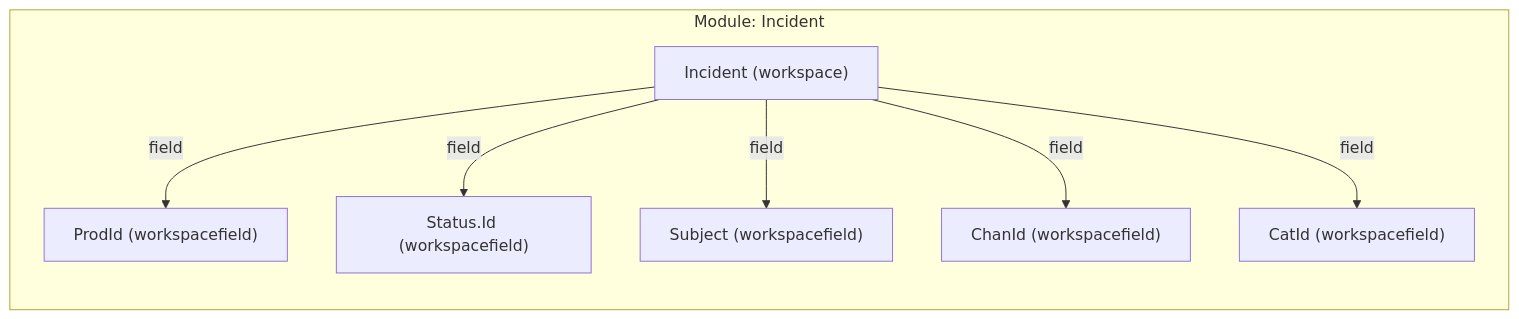
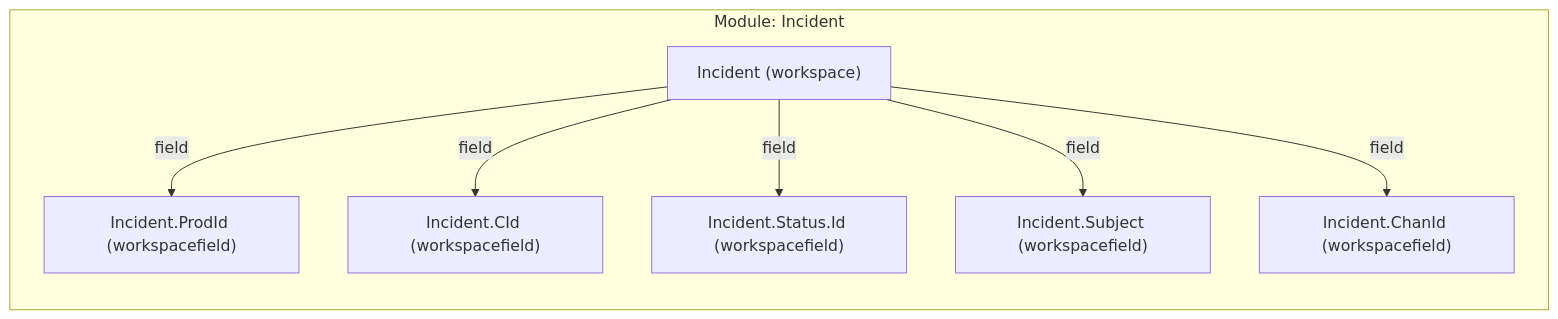
The fourth of 9 diagrams in results/COMPLETE_SYSTEM_MAPPING.md (SujalMatolia0/Config_Migration), drawn with Mermaid before and after one commit. The commit also changed other lines of this file and 23 other files, not shown here.

Commit message:
feat(graph-ui): enforce equal angle geometry, outward sector arc layout, and object-scoped field mapping

````diff
--- a/results/COMPLETE_SYSTEM_MAPPING.md
+++ b/results/COMPLETE_SYSTEM_MAPPING.md
@@ -324,16 +327,16 @@
 ```mermaid
 flowchart LR
   subgraph MOD_Incident ["Module: Incident"]
     N_workspace_incident["Incident (workspace)"]
-    N_workspacefield_prodid["ProdId (workspacefield)"]
-    N_workspacefield_status_id["Status.Id (workspacefield)"]
-    N_workspacefield_subject["Subject (workspacefield)"]
-    N_workspacefield_chanid["ChanId (workspacefield)"]
-    N_workspacefield_catid["CatId (workspacefield)"]
-    N_workspace_incident -->|"field"| N_workspacefield_prodid
-    N_workspace_incident -->|"field"| N_workspacefield_status_id
-    N_workspace_incident -->|"field"| N_workspacefield_subject
-    N_workspace_incident -->|"field"| N_workspacefield_chanid
-    N_workspace_incident -->|"field"| N_workspacefield_catid
+    N_workspacefield_incident_prodid["Incident.ProdId (workspacefield)"]
+    N_workspacefield_incident_cid["Incident.CId (workspacefield)"]
+    N_workspacefield_incident_status_id["Incident.Status.Id (workspacefield)"]
+    N_workspacefield_incident_subject["Incident.Subject (workspacefield)"]
+    N_workspacefield_incident_chanid["Incident.ChanId (workspacefield)"]
+    N_workspace_incident -->|"field"| N_workspacefield_incident_prodid
+    N_workspace_incident -->|"field"| N_workspacefield_incident_cid
+    N_workspace_incident -->|"field"| N_workspacefield_incident_status_id
+    N_workspace_incident -->|"field"| N_workspacefield_incident_subject
+    N_workspace_incident -->|"field"| N_workspacefield_incident_chanid
   end
 ```
````
